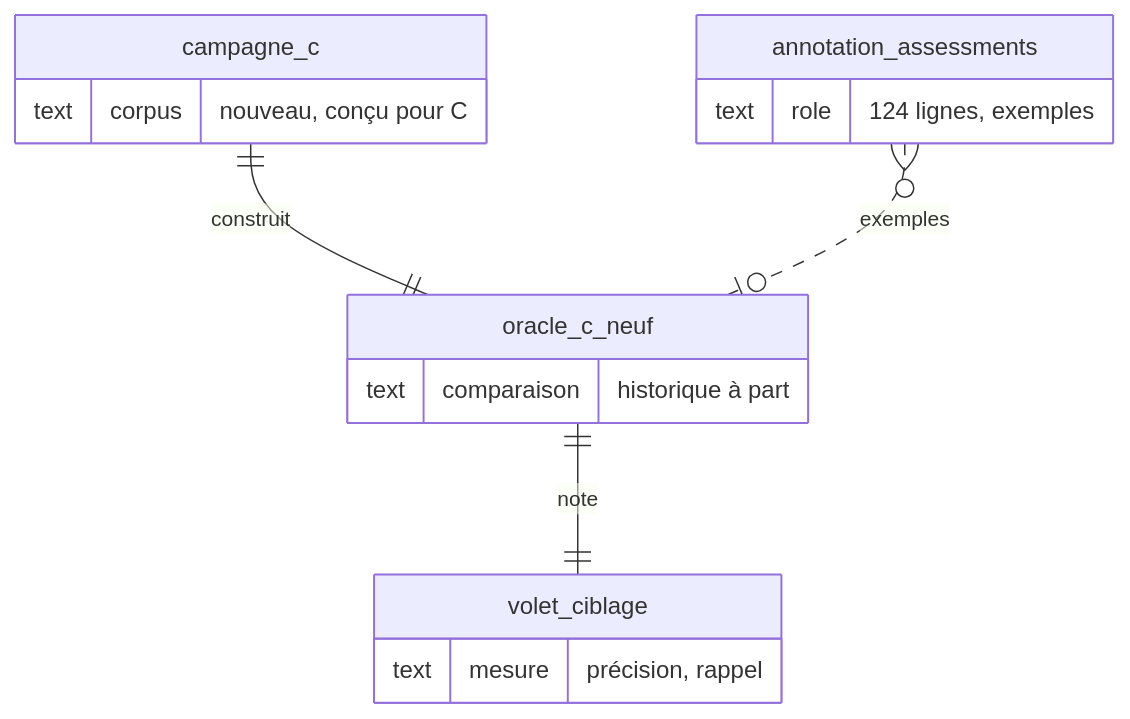
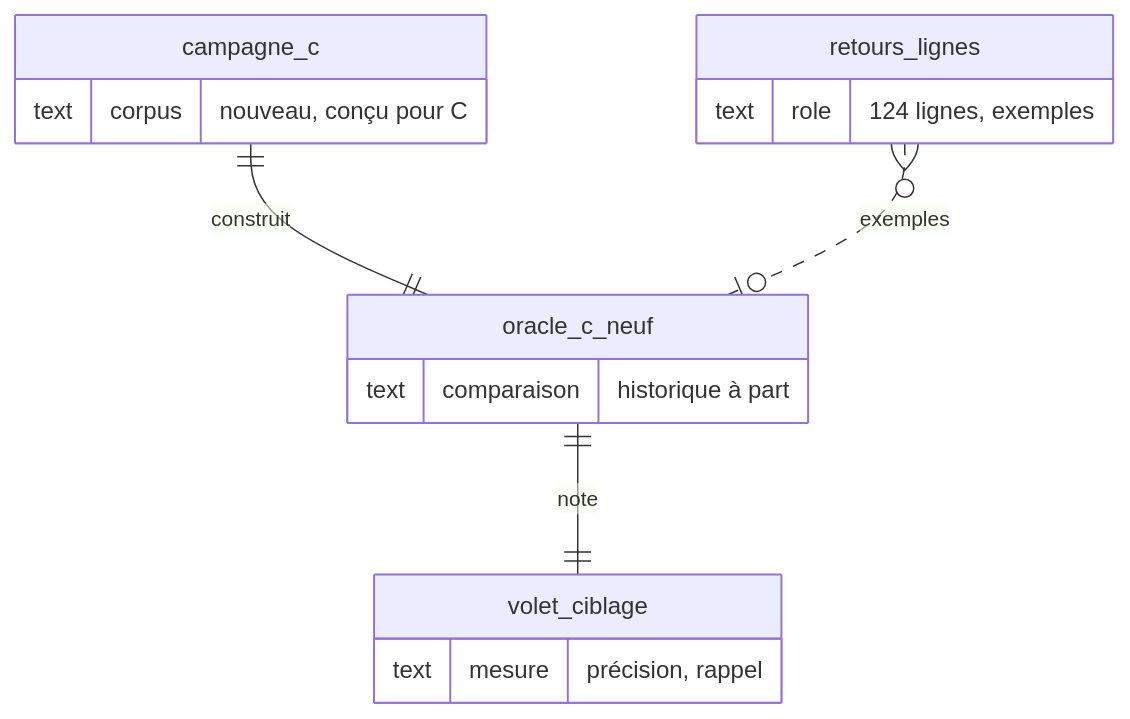
Diagram 14 of 19 in docs/spec/reports/dossier-retours-steve/DOSSIER_DECISION_RETOURS_STEVE_2026-10-03.md (rhanka/radar-immobilier), drawn with Mermaid before and after one commit. The commit also changed other lines of this file and 38 other files, not shown here.

````diff
--- a/docs/spec/reports/dossier-retours-steve/DOSSIER_DECISION_RETOURS_STEVE_2026-10-03.md
+++ b/docs/spec/reports/dossier-retours-steve/DOSSIER_DECISION_RETOURS_STEVE_2026-10-03.md
@@ -1139,18 +1196,18 @@
 ```mermaid
 erDiagram
     campagne_c ||--|| oracle_c_neuf : construit
-    annotation_assessments }o..o| oracle_c_neuf : exemples
+    retours_lignes }o..o| oracle_c_neuf : exemples
     oracle_c_neuf ||--|| volet_ciblage : note
     campagne_c {
       text corpus "nouveau, conçu pour C"
     }
-    annotation_assessments {
+    retours_lignes {
       text role "124 lignes, exemples"
     }
     oracle_c_neuf {
       text comparaison "historique à part"
     }
     volet_ciblage {
       text mesure "précision, rappel"
     }
 ```
````
